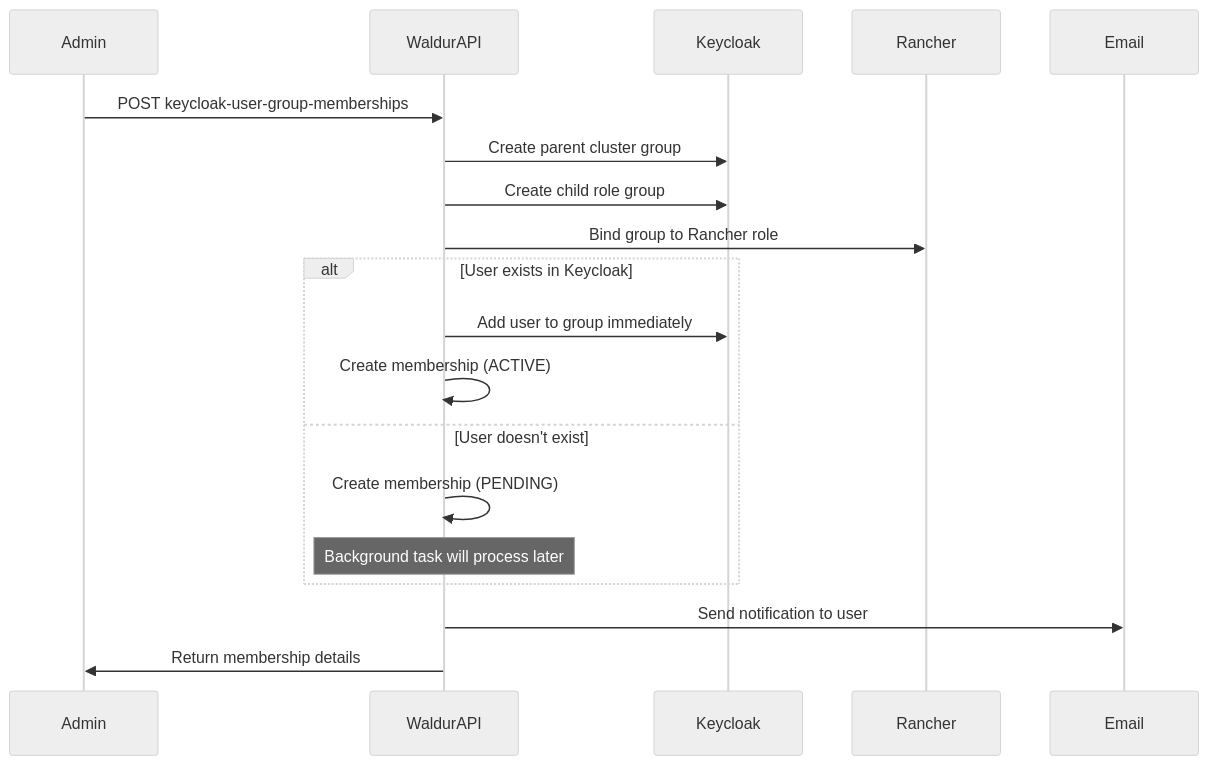
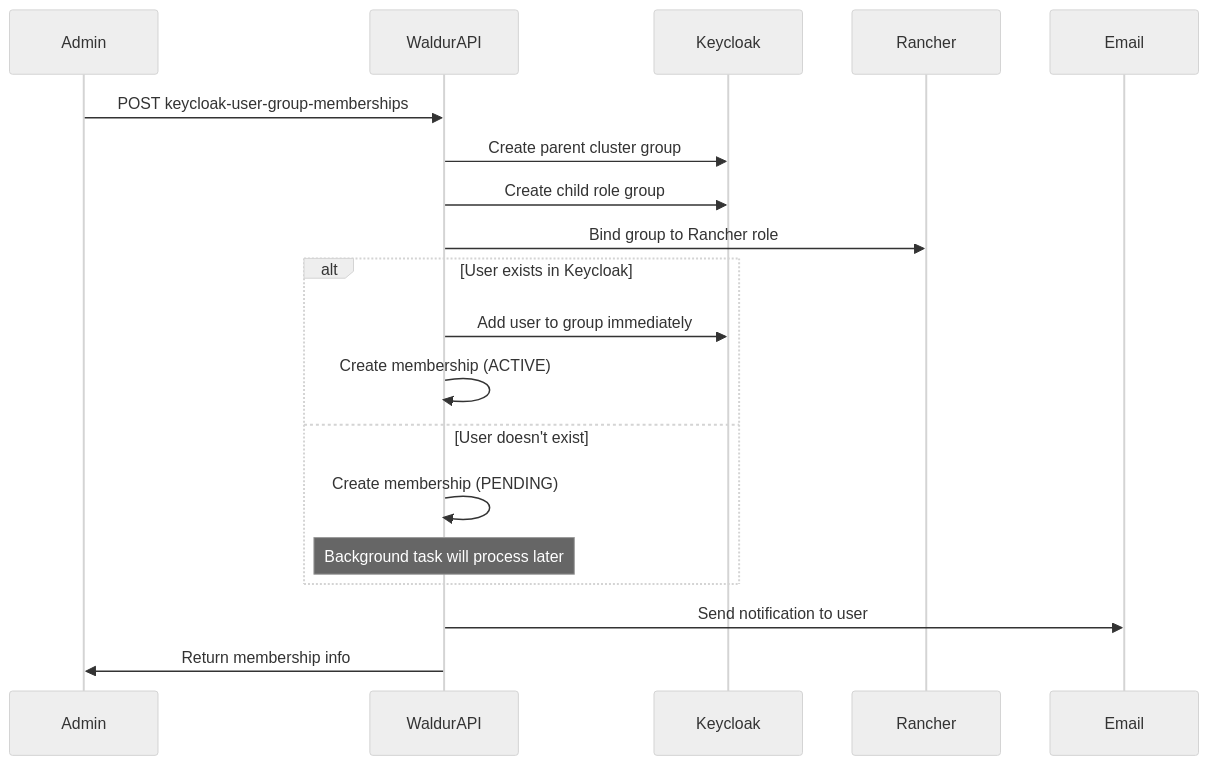
Before and after one commit to waldur/waldur-docs: the fourth of 12 diagrams in docs/developer-guide/plugins/rancher.md, drawn with Mermaid (neutral theme). The commit also changed other lines of this file and 34 other files, not shown here.

````diff
--- a/docs/developer-guide/plugins/rancher.md
+++ b/docs/developer-guide/plugins/rancher.md
@@ -432,24 +432,24 @@
 ```mermaid
 sequenceDiagram
     participant Admin
     participant WaldurAPI
     participant Keycloak
     participant Rancher
     participant Email
 
     Admin->>WaldurAPI: POST keycloak-user-group-memberships
     WaldurAPI->>Keycloak: Create parent cluster group
     WaldurAPI->>Keycloak: Create child role group
     WaldurAPI->>Rancher: Bind group to Rancher role
 
     alt User exists in Keycloak
         WaldurAPI->>Keycloak: Add user to group immediately
         WaldurAPI->>WaldurAPI: Create membership (ACTIVE)
     else User doesn't exist
         WaldurAPI->>WaldurAPI: Create membership (PENDING)
         Note over WaldurAPI: Background task will process later
     end
 
     WaldurAPI->>Email: Send notification to user
-    WaldurAPI->>Admin: Return membership details
+    WaldurAPI->>Admin: Return membership info
 ```
````
